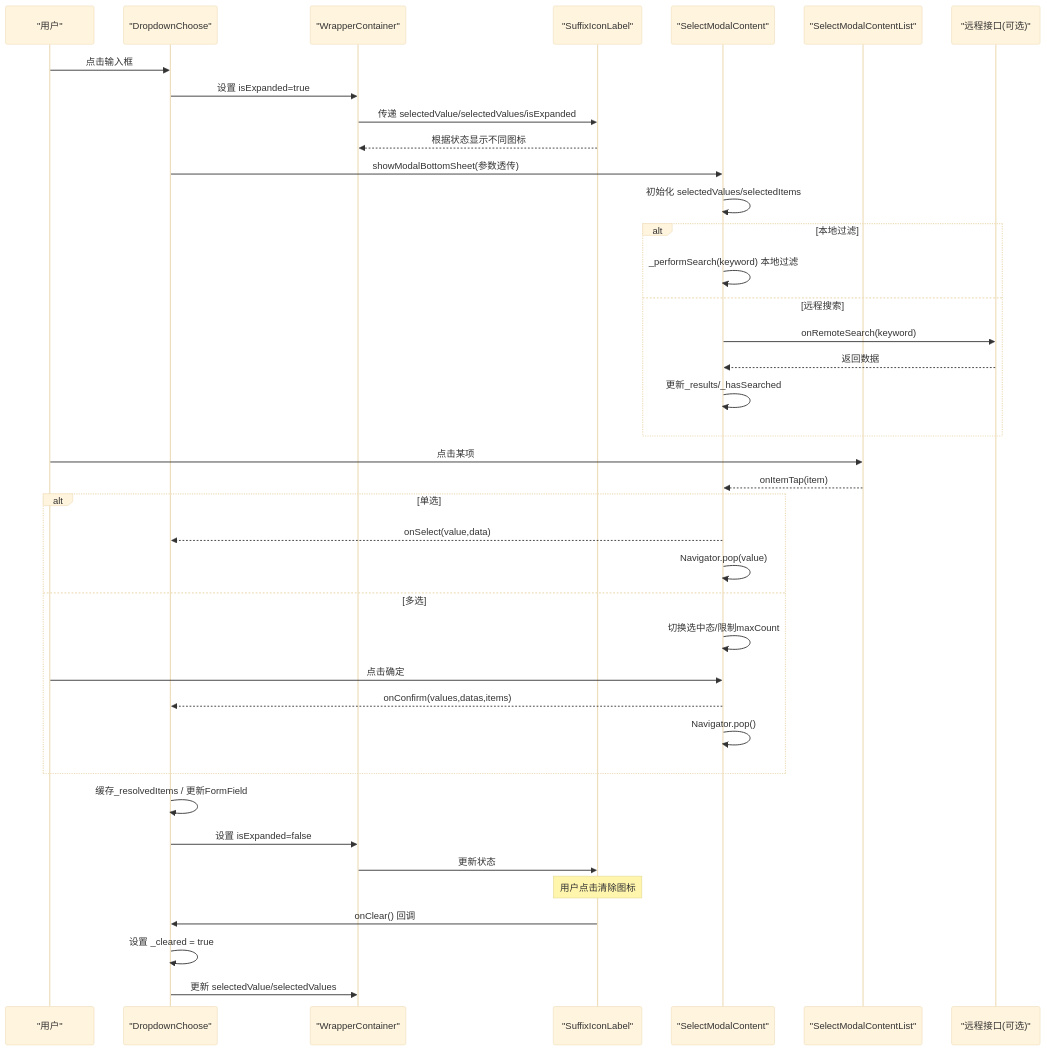
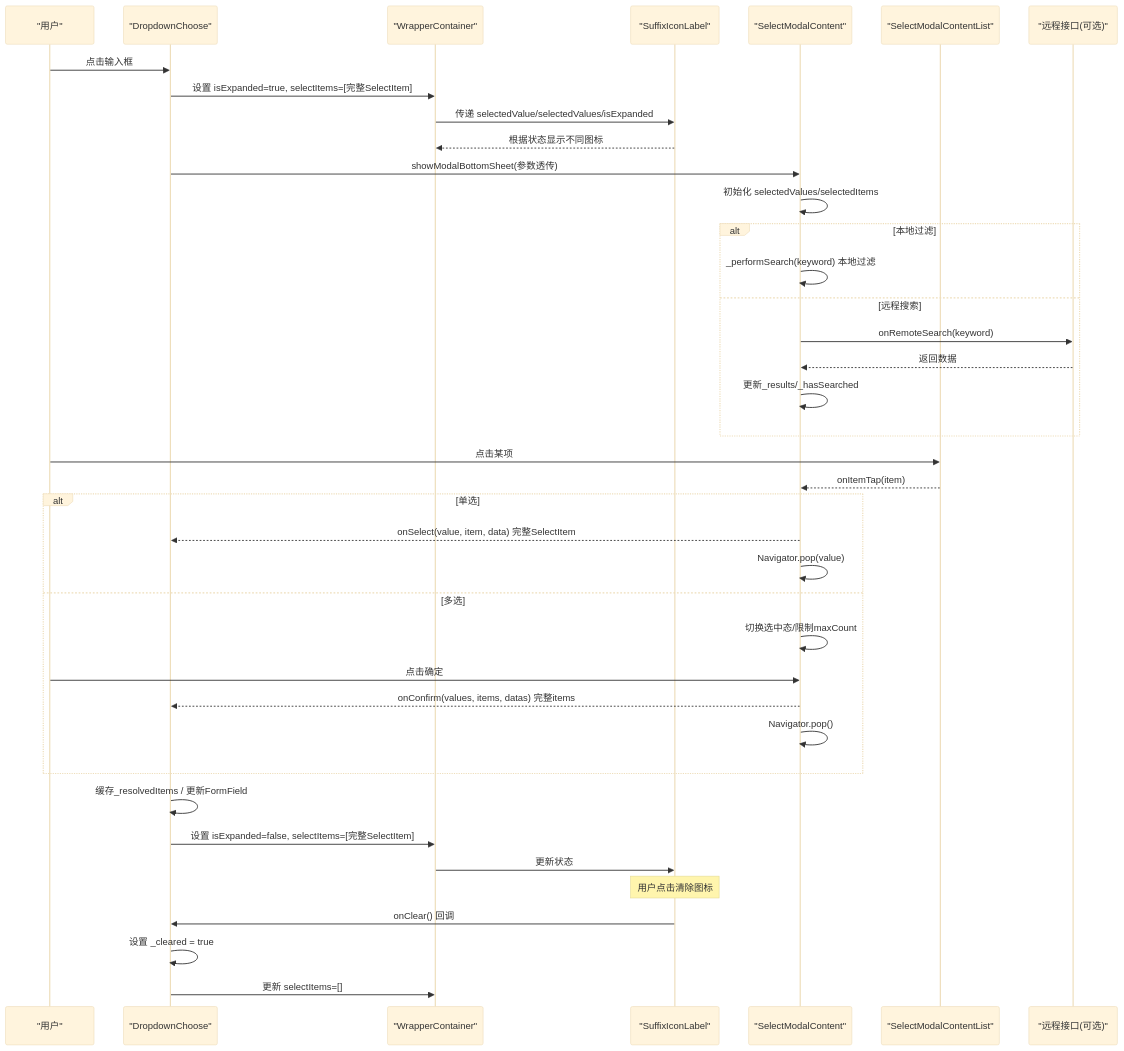
The second of 6 diagrams in .qoder/repowiki/zh/content/高级组件/下拉选择器.md (yuzhido/lite-ui), drawn with Mermaid (base theme) before and after one commit. The commit also changed other lines of this file and 44 other files, not shown here.

````diff
--- a/.qoder/repowiki/zh/content/高级组件/下拉选择器.md
+++ b/.qoder/repowiki/zh/content/高级组件/下拉选择器.md
@@ -96,41 +98,41 @@
 ```mermaid
 sequenceDiagram
 participant U as "用户"
 participant DC as "DropdownChoose"
 participant WC as "WrapperContainer"
 participant SIL as "SuffixIconLabel"
 participant SM as "SelectModalContent"
 participant L as "SelectModalContentList"
 participant R as "远程接口(可选)"
 U->>DC : 点击输入框
-DC->>WC : 设置 isExpanded=true
+DC->>WC : 设置 isExpanded=true, selectItems=[完整SelectItem]
 WC->>SIL : 传递 selectedValue/selectedValues/isExpanded
 SIL-->>WC : 根据状态显示不同图标
 DC->>SM : showModalBottomSheet(参数透传)
 SM->>SM : 初始化 selectedValues/selectedItems
 alt 本地过滤
 SM->>SM : _performSearch(keyword) 本地过滤
 else 远程搜索
 SM->>R : onRemoteSearch(keyword)
 R-->>SM : 返回数据
 SM->>SM : 更新_results/_hasSearched
 end
 U->>L : 点击某项
 L-->>SM : onItemTap(item)
 alt 单选
-SM-->>DC : onSelect(value,data)
+SM-->>DC : onSelect(value, item, data) 完整SelectItem
 SM->>SM : Navigator.pop(value)
 else 多选
 SM->>SM : 切换选中态/限制maxCount
 U->>SM : 点击确定
-SM-->>DC : onConfirm(values,datas,items)
+SM-->>DC : onConfirm(values, items, datas) 完整items
 SM->>SM : Navigator.pop()
 end
 DC->>DC : 缓存_resolvedItems / 更新FormField
-DC->>WC : 设置 isExpanded=false
+DC->>WC : 设置 isExpanded=false, selectItems=[完整SelectItem]
 WC->>SIL : 更新状态
 Note over SIL : 用户点击清除图标
 SIL->>DC : onClear() 回调
 DC->>DC : 设置 _cleared = true
-DC->>WC : 更新 selectedValue/selectedValues
+DC->>WC : 更新 selectItems=[]
 ```
````
